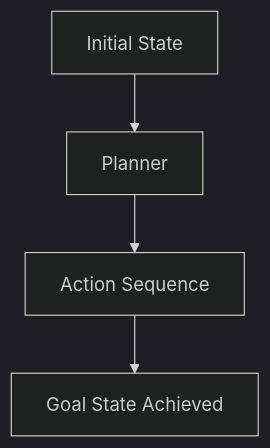
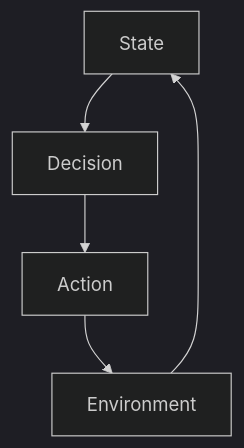
Before and after one commit to m-rizqinovniari/agentic-handbook: the third of 4 diagrams in docusaurus/docs/part-1/chapter-2.md, drawn with Mermaid (dark theme). The commit also changed other lines of this file and 19 other files, not shown here.

````diff
--- a/docusaurus/docs/part-1/chapter-2.md
+++ b/docusaurus/docs/part-1/chapter-2.md
@@ -64,6 +239,7 @@
 ```mermaid
 flowchart TD
-    A[Initial State] --> B[Planner]
-    B --> C[Action Sequence]
-    C --> D[Goal State Achieved]
+    State --> Decision
+    Decision --> Action
+    Action --> Environment
+    Environment --> State
 ```
````
